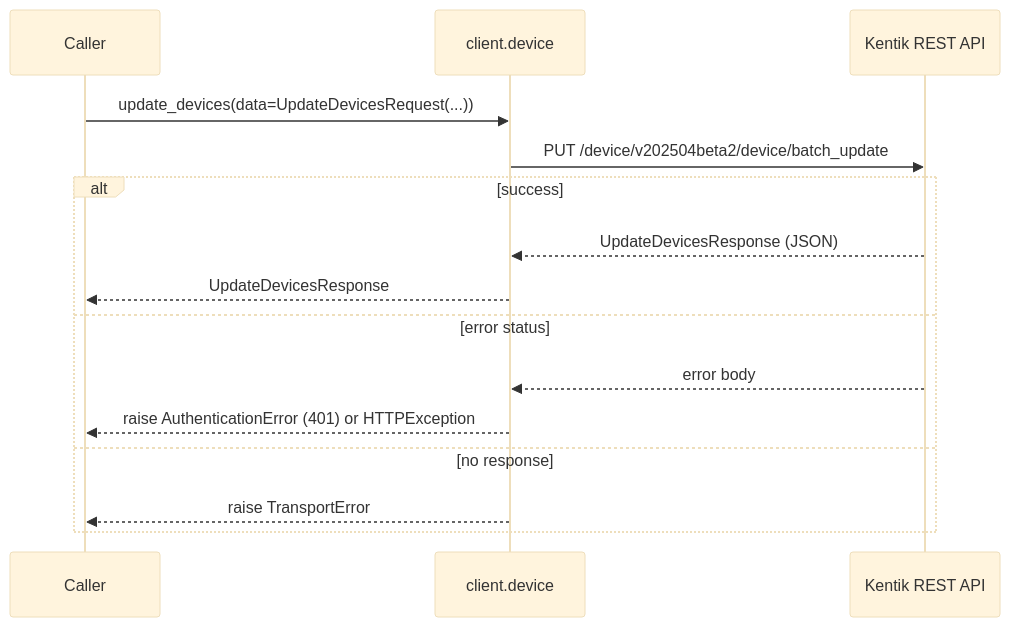
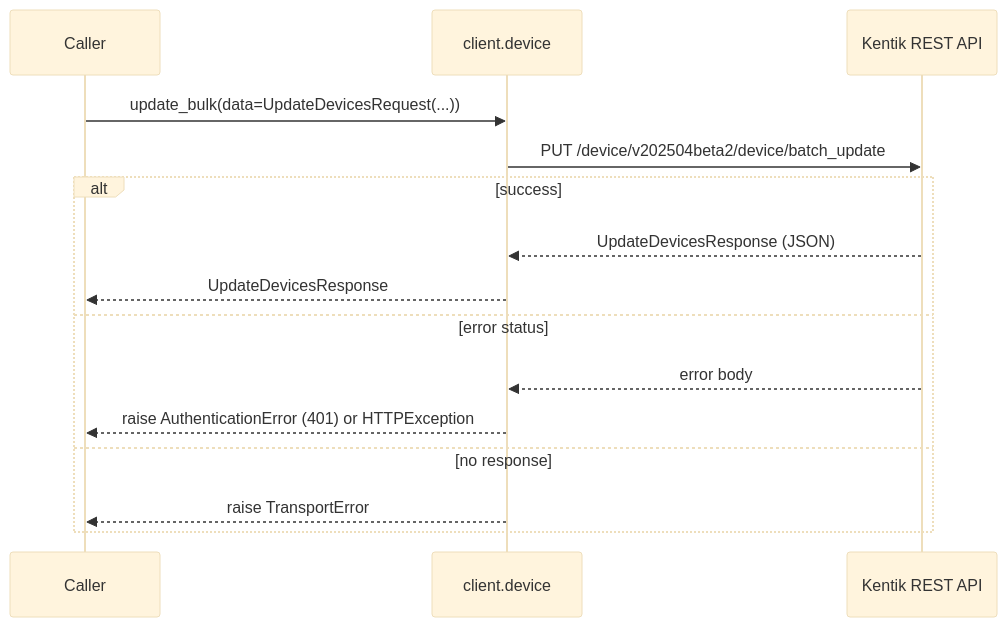
One commit to alexdearaujo/community_sdk_python changed the tenth of 22 diagrams in docs/sphinx/services/device.md. Above: the diagram before and after it, drawn with Mermaid (base theme). The commit also changed other lines of this file and 119 other files, not shown here.

````diff
--- a/docs/sphinx/services/device.md
+++ b/docs/sphinx/services/device.md
@@ -344,18 +344,18 @@
 ```mermaid
 sequenceDiagram
     participant C as Caller
     participant W as client.device
     participant API as Kentik REST API
 
-    C->>W: update_devices(data=UpdateDevicesRequest(...))
+    C->>W: update_bulk(data=UpdateDevicesRequest(...))
     W->>API: PUT /device/v202504beta2/device/batch_update
     alt success
         API-->>W: UpdateDevicesResponse (JSON)
         W-->>C: UpdateDevicesResponse
     else error status
         API-->>W: error body
         W-->>C: raise AuthenticationError (401) or HTTPException
     else no response
         W-->>C: raise TransportError
     end
 ```
````
